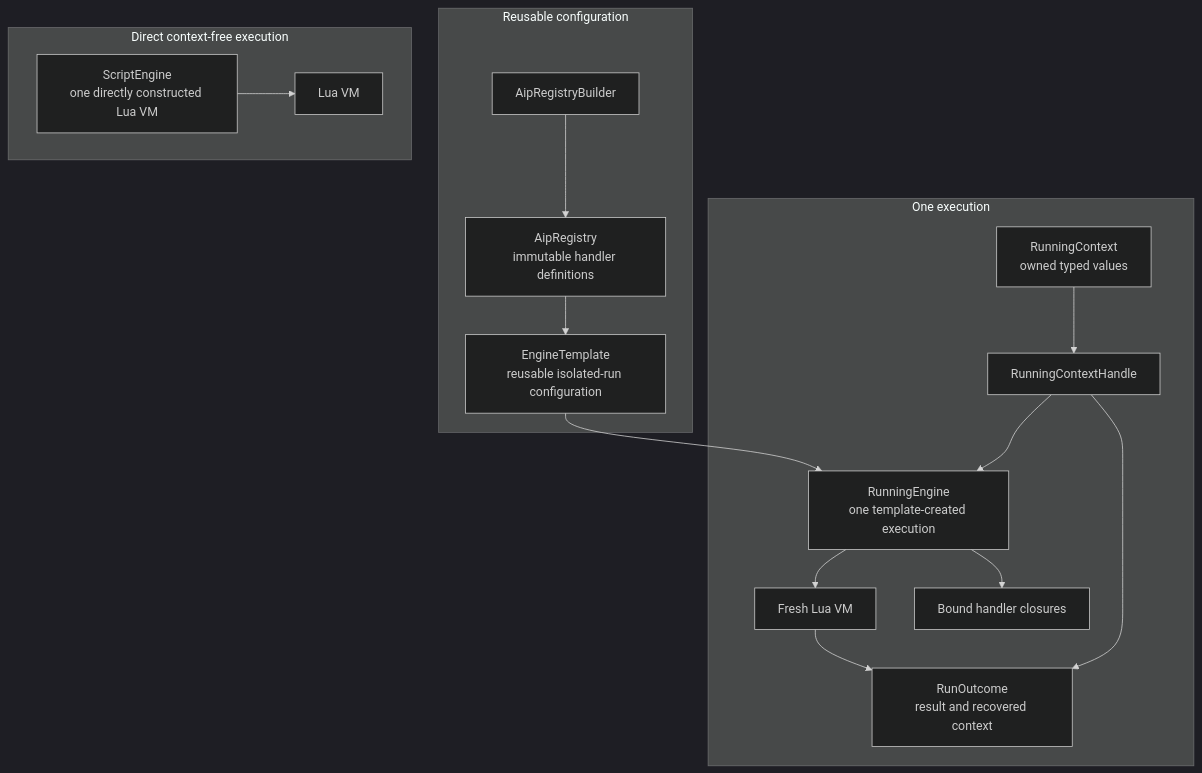
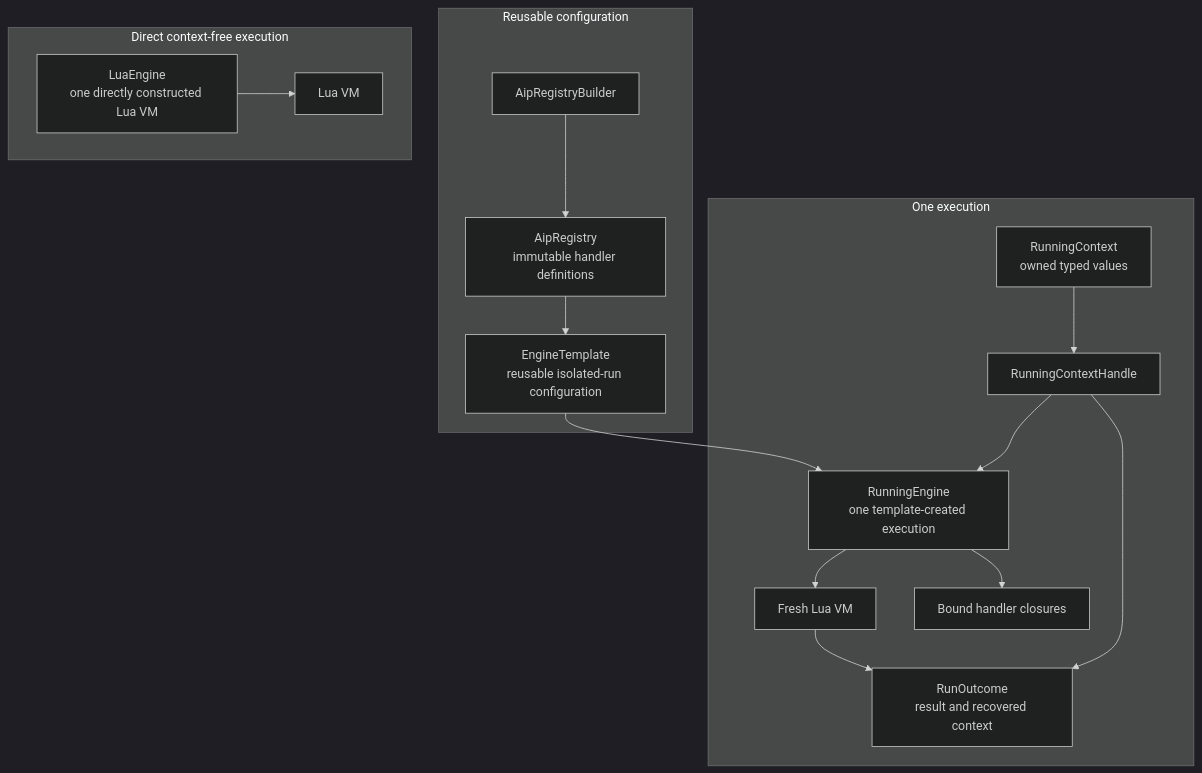
One commit to zcoder-run/aiprog changed the diagram in dev/specs/spec-engine.md. Above: the diagram before and after it, drawn with Mermaid (dark theme). The commit also changed other lines of this file and 26 other files, not shown here.

Commit message:
> rename to ScriptEngine (from TemplateEngine),  LuaEngine (from ScriptEngine)

````diff
--- a/dev/specs/spec-engine.md
+++ b/dev/specs/spec-engine.md
@@ -45,35 +45,35 @@
 ```mermaid
 flowchart TD
 	subgraph reusable["Reusable configuration"]
 		builder["AipRegistryBuilder"]
 		registry["AipRegistry<br/>immutable handler definitions"]
 		template["EngineTemplate<br/>reusable isolated-run configuration"]
 
 		builder --> registry
 		registry --> template
 	end
 
 	subgraph execution["One execution"]
 		context["RunningContext<br/>owned typed values"]
 		handle["RunningContextHandle"]
 		running["RunningEngine<br/>one template-created execution"]
 		lua["Fresh Lua VM"]
 		handlers["Bound handler closures"]
 		outcome["RunOutcome<br/>result and recovered context"]
 
 		context --> handle
 		template --> running
 		handle --> running
 		running --> lua
 		running --> handlers
 		lua --> outcome
 		handle --> outcome
 	end
 
 	subgraph direct["Direct context-free execution"]
-		script_engine["ScriptEngine<br/>one directly constructed Lua VM"]
+		lua_engine["LuaEngine<br/>one directly constructed Lua VM"]
 		direct_lua["Lua VM"]
 
-		script_engine --> direct_lua
+		lua_engine --> direct_lua
 	end
 ```
````
